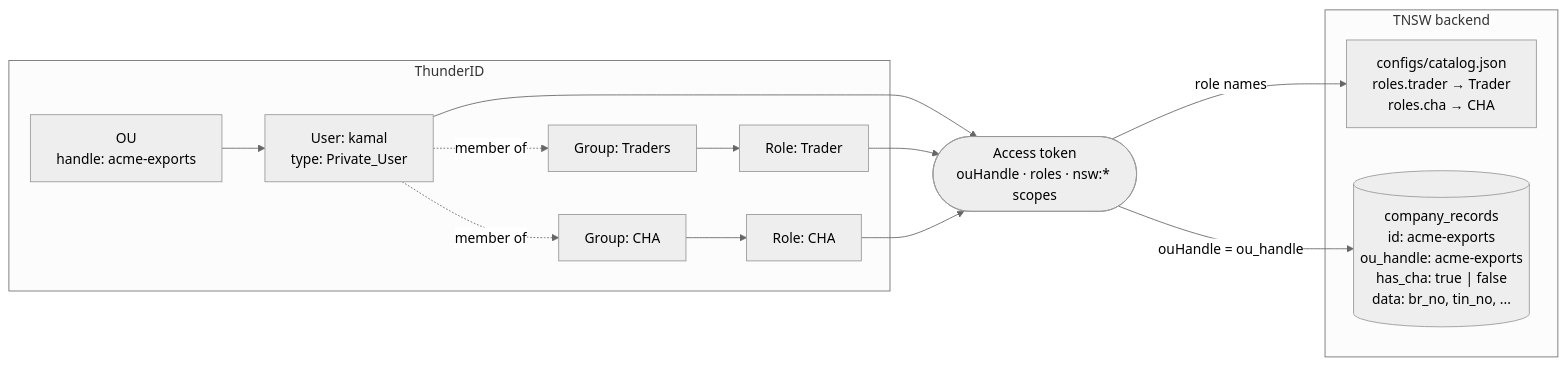
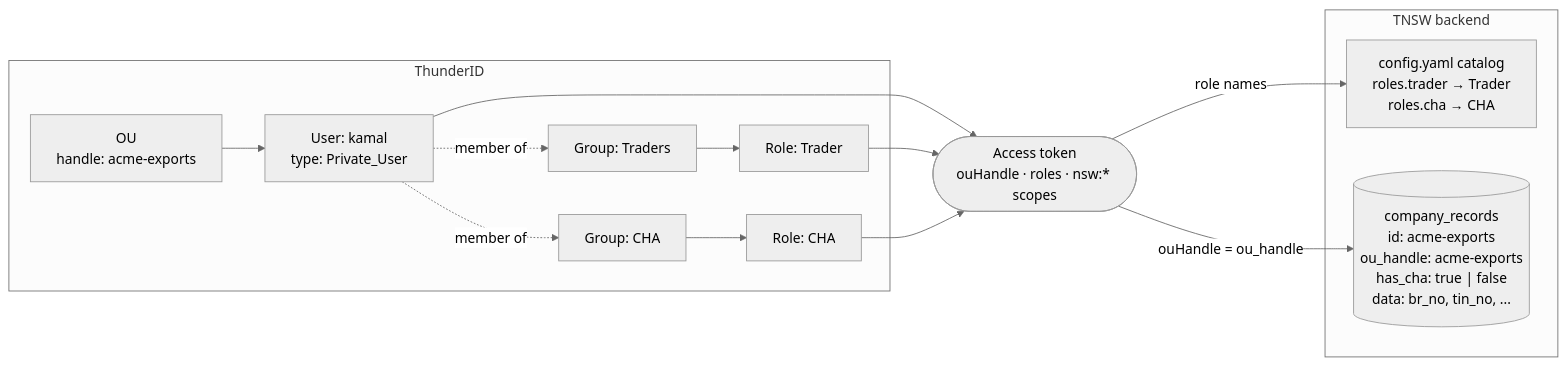
Before and after one commit to HesandaLiyanage/nsw-srilanka: the diagram in docs/guides/onboarding-traders-and-chas.md, drawn with Mermaid (neutral theme). The commit also changed other lines of this file and 42 other files, not shown here.

First line of the commit message:
refactor(config)!: move the catalog into config.yaml (#930)

````diff
--- a/docs/guides/onboarding-traders-and-chas.md
+++ b/docs/guides/onboarding-traders-and-chas.md
@@ -17,29 +17,29 @@
 ```mermaid
 flowchart LR
     subgraph idp["ThunderID"]
         ou["OU<br/>handle: acme-exports"]
         user["User: kamal<br/>type: Private_User"]
         gT["Group: Traders"]
         gC["Group: CHA"]
         rT["Role: Trader"]
         rC["Role: CHA"]
         ou --> user
         user -. member of .-> gT
         user -. member of .-> gC
         gT --> rT
         gC --> rC
     end
 
     token(["Access token<br/>ouHandle · roles · nsw:* scopes"])
 
     subgraph tnsw["TNSW backend"]
-        catalog["configs/catalog.json<br/>roles.trader → Trader<br/>roles.cha → CHA"]
+        catalog["config.yaml catalog<br/>roles.trader → Trader<br/>roles.cha → CHA"]
         company[("company_records<br/>id: acme-exports<br/>ou_handle: acme-exports<br/>has_cha: true | false<br/>data: br_no, tin_no, ...")]
     end
 
     user --> token
     rT --> token
     rC --> token
     token -- "ouHandle = ou_handle" --> company
     token -- "role names" --> catalog
 ```
````
